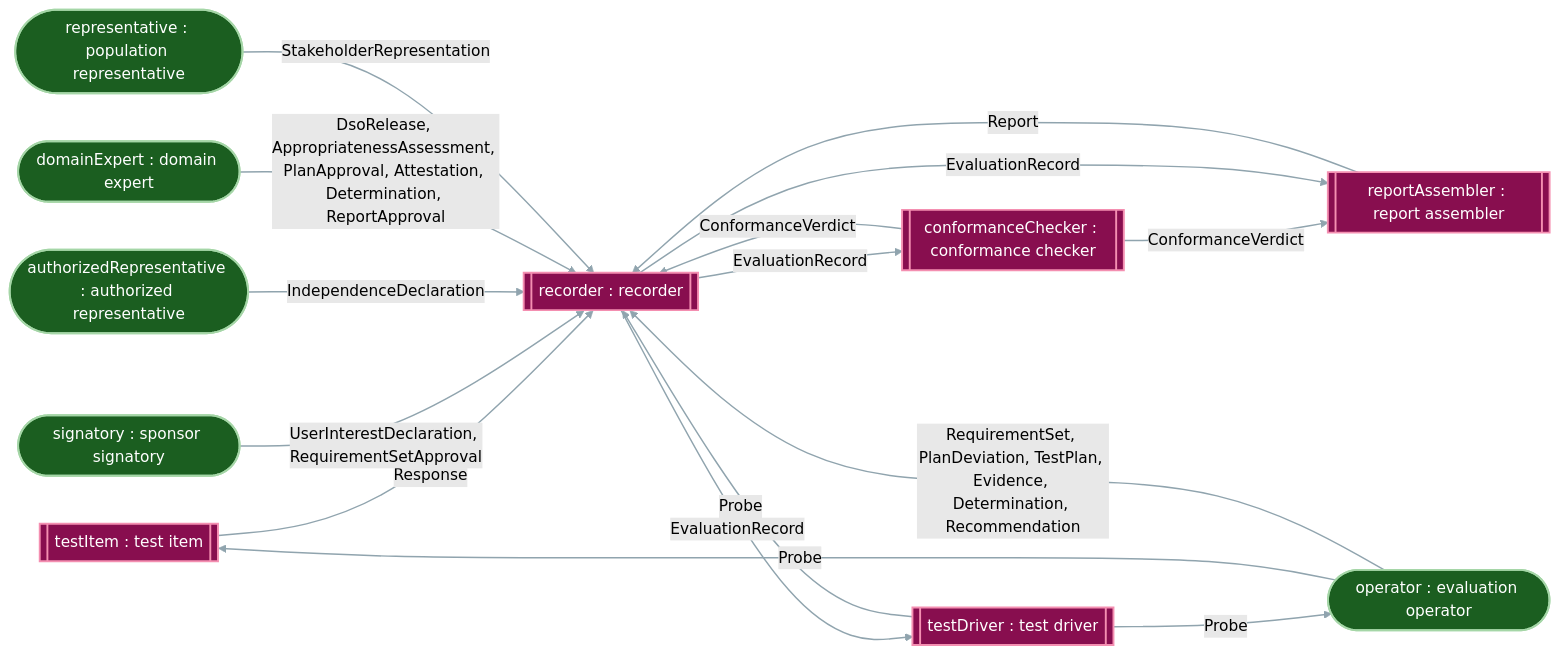
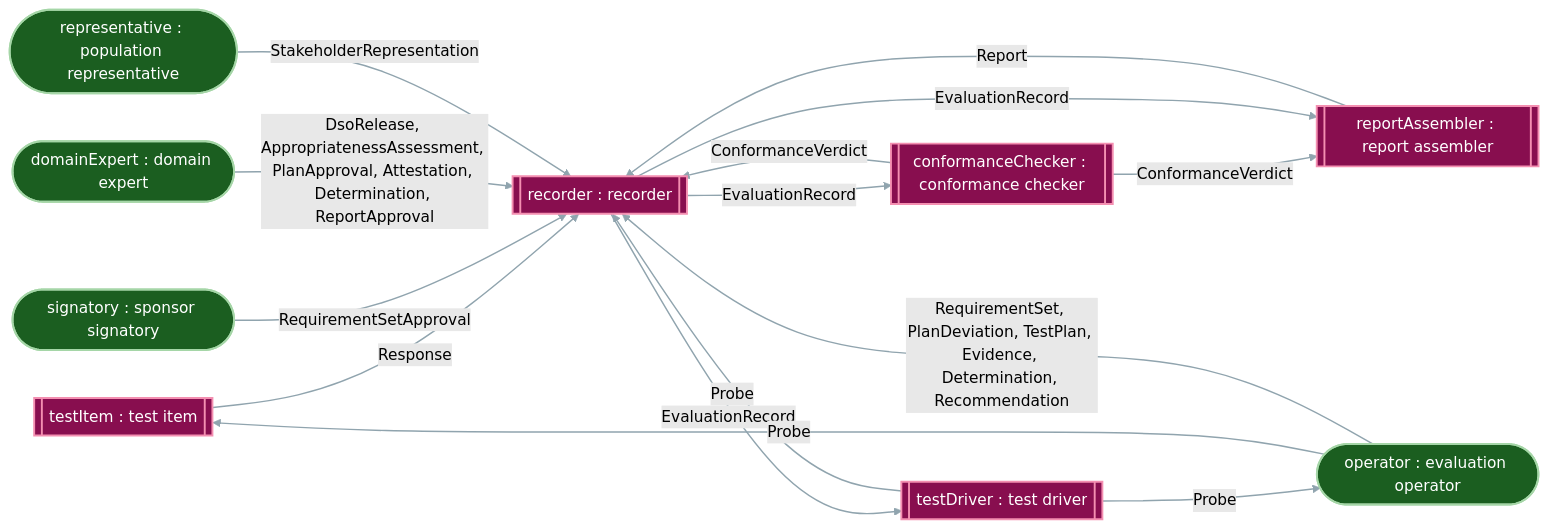
The diagram in generated/wiring-evaluation.md (DynamicalSystemsGroup/og-caie-spec), drawn with Mermaid (forest theme) before and after one commit. The commit also changed 82 other files, not shown here.

````diff
--- a/generated/wiring-evaluation.md
+++ b/generated/wiring-evaluation.md
@@ -1,35 +1,33 @@
 ```{mermaid}
 flowchart LR
   accountable_testItem[["testItem : test item"]]
   sponsor_signatory(["signatory : sponsor signatory"])
-  testingOrg_authorizedRepresentative(["authorizedRepresentative : authorized representative"])
   testingOrg_conformanceChecker[["conformanceChecker : conformance checker"]]
   testingOrg_recorder[["recorder : recorder"]]
   testingOrg_reportAssembler[["reportAssembler : report assembler"]]
   testingOrg_team_domainExpert(["domainExpert : domain expert"])
   testingOrg_team_operator(["operator : evaluation operator"])
   testingOrg_team_representative(["representative : population representative"])
   testingOrg_testDriver[["testDriver : test driver"]]
   accountable_testItem -- "Response" --> testingOrg_recorder
-  sponsor_signatory -- "UserInterestDeclaration, RequirementSetApproval" --> testingOrg_recorder
-  testingOrg_authorizedRepresentative -- "IndependenceDeclaration" --> testingOrg_recorder
+  sponsor_signatory -- "RequirementSetApproval" --> testingOrg_recorder
   testingOrg_conformanceChecker -- "ConformanceVerdict" --> testingOrg_recorder
   testingOrg_conformanceChecker -- "ConformanceVerdict" --> testingOrg_reportAssembler
   testingOrg_recorder -- "EvaluationRecord" --> testingOrg_conformanceChecker
   testingOrg_recorder -- "EvaluationRecord" --> testingOrg_reportAssembler
   testingOrg_recorder -- "EvaluationRecord" --> testingOrg_testDriver
   testingOrg_reportAssembler -- "Report" --> testingOrg_recorder
   testingOrg_team_domainExpert -- "DsoRelease, AppropriatenessAssessment, PlanApproval, Attestation, Determination, ReportApproval" --> testingOrg_recorder
   testingOrg_team_operator -- "Probe" --> accountable_testItem
   testingOrg_team_operator -- "RequirementSet, PlanDeviation, TestPlan, Evidence, Determination, Recommendation" --> testingOrg_recorder
   testingOrg_team_representative -- "StakeholderRepresentation" --> testingOrg_recorder
   testingOrg_testDriver -- "Probe" --> testingOrg_recorder
   testingOrg_testDriver -- "Probe" --> testingOrg_team_operator
   classDef person fill:#1b5e20,stroke:#a5d6a7,stroke-width:2px,color:#ffffff;
   classDef machine fill:#880e4f,stroke:#f48fb1,stroke-width:2px,color:#ffffff;
   classDef party fill:#f9a825,stroke:#e65100,stroke-width:2px,stroke-dasharray: 6 3,color:#000000;
   classDef organization fill:#37474f,stroke:#cfd8dc,stroke-width:2px,color:#ffffff;
   linkStyle default stroke:#90a4ae,stroke-width:1.5px;
-  class sponsor_signatory,testingOrg_authorizedRepresentative,testingOrg_team_domainExpert,testingOrg_team_operator,testingOrg_team_representative person;
+  class sponsor_signatory,testingOrg_team_domainExpert,testingOrg_team_operator,testingOrg_team_representative person;
   class accountable_testItem,testingOrg_conformanceChecker,testingOrg_recorder,testingOrg_reportAssembler,testingOrg_testDriver machine;
 ```
````
